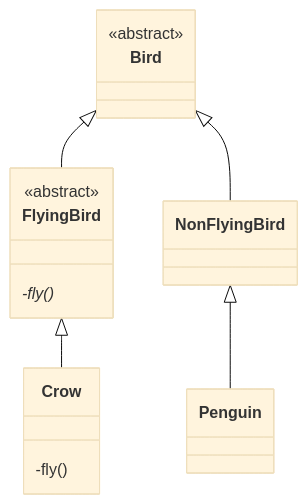
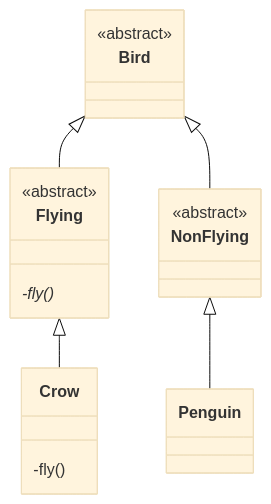
One commit to Chitlangia-Vedant/Obsidian changed the fourth of 6 diagrams in System Design/Design a BIRD.md. Above: the diagram before and after it, drawn with Mermaid (base theme). The commit also changed other lines of this file, not shown here.

````diff
--- a/System Design/Design a BIRD.md
+++ b/System Design/Design a BIRD.md
@@ -87,17 +87,20 @@
 ```mermaid
 classDiagram 
 class Bird{
 			<<abstract>>
         }
-class FlyingBird{
+class Flying{
 			<<abstract>>
             -fly()*
+        }
+class NonFlying{
+			<<abstract>>
         }
 class Crow{
             -fly()
         }
-Bird <|-- FlyingBird
-Bird <|-- NonFlyingBird
-FlyingBird <|-- Crow 
-NonFlyingBird <|-- Penguin
+Bird <|-- Flying
+Bird <|-- NonFlying
+Flying <|-- Crow 
+NonFlying <|-- Penguin
 ```
````
